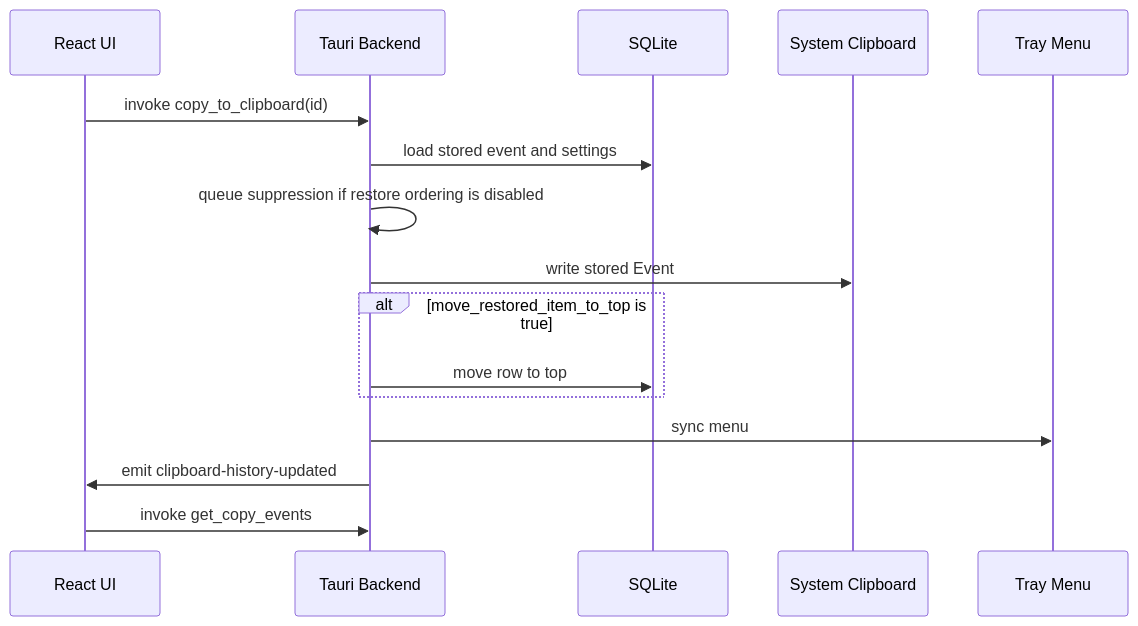
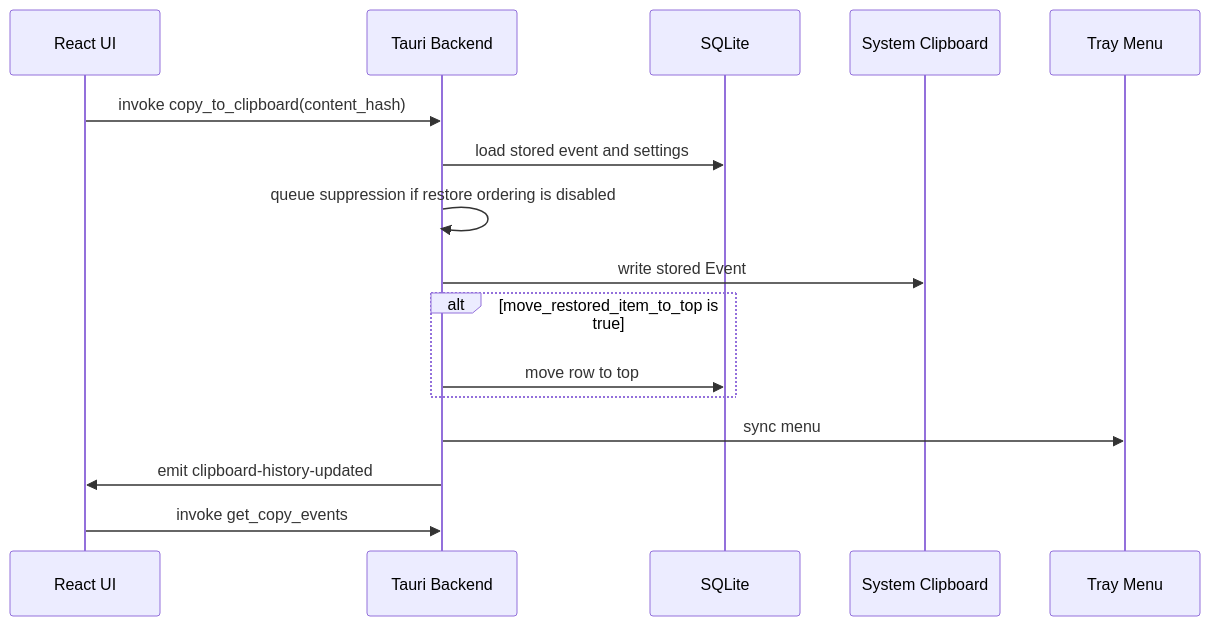
One commit to vdpw/copy_stack changed the second of 2 diagrams in docs/clipboard-flows.md. Above: the diagram before and after it, drawn with Mermaid. The commit also changed other lines of this file and 14 other files, not shown here.

````diff
--- a/docs/clipboard-flows.md
+++ b/docs/clipboard-flows.md
@@ -45,19 +45,19 @@
 ```mermaid
 sequenceDiagram
   participant UI as React UI
   participant Backend as Tauri Backend
   participant DB as SQLite
   participant Clipboard as System Clipboard
   participant Tray as Tray Menu
 
-  UI->>Backend: invoke copy_to_clipboard(id)
+  UI->>Backend: invoke copy_to_clipboard(content_hash)
   Backend->>DB: load stored event and settings
   Backend->>Backend: queue suppression if restore ordering is disabled
   Backend->>Clipboard: write stored Event
   alt move_restored_item_to_top is true
     Backend->>DB: move row to top
   end
   Backend->>Tray: sync menu
   Backend->>UI: emit clipboard-history-updated
   UI->>Backend: invoke get_copy_events
 ```
````
